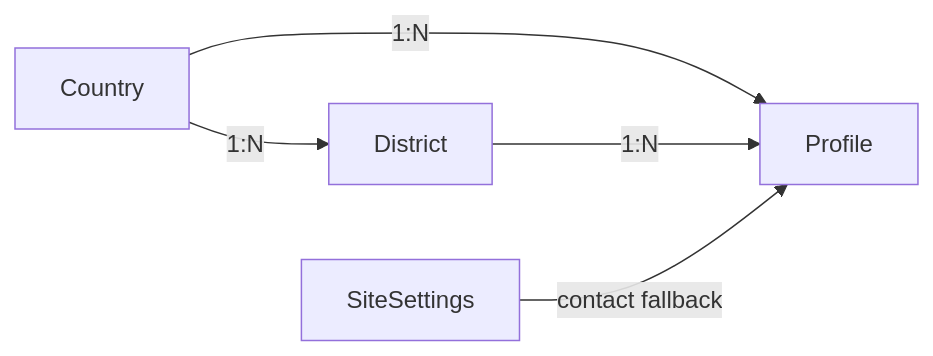
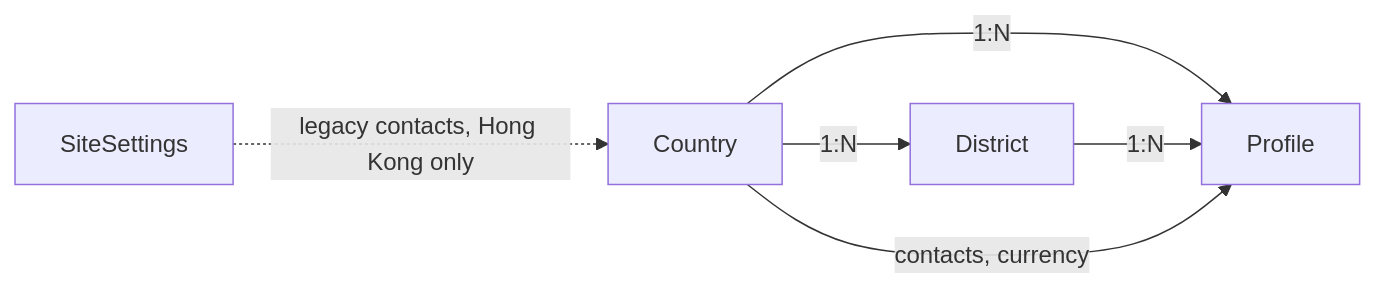
The first of 2 diagrams in docs/ARCHITECTURE.md (andrewgrowthads-lang/exotichk-site), drawn with Mermaid before and after one commit. The commit also changed other lines of this file and 67 other files, not shown here.

Commit message:
Add Singapore multi-country catalogue and country settings

````diff
--- a/docs/ARCHITECTURE.md
+++ b/docs/ARCHITECTURE.md
@@ -183,7 +186,8 @@
 ```mermaid
 flowchart LR
   Country[Country] -->|"1:N"| District[District]
   Country -->|"1:N"| Profile[Profile]
   District -->|"1:N"| Profile
-  SiteSettings[SiteSettings] -->|"contact fallback"| Profile
+  Country -->|"contacts, currency"| Profile
+  SiteSettings[SiteSettings] -.->|"legacy contacts, Hong Kong only"| Country
 ```
````
